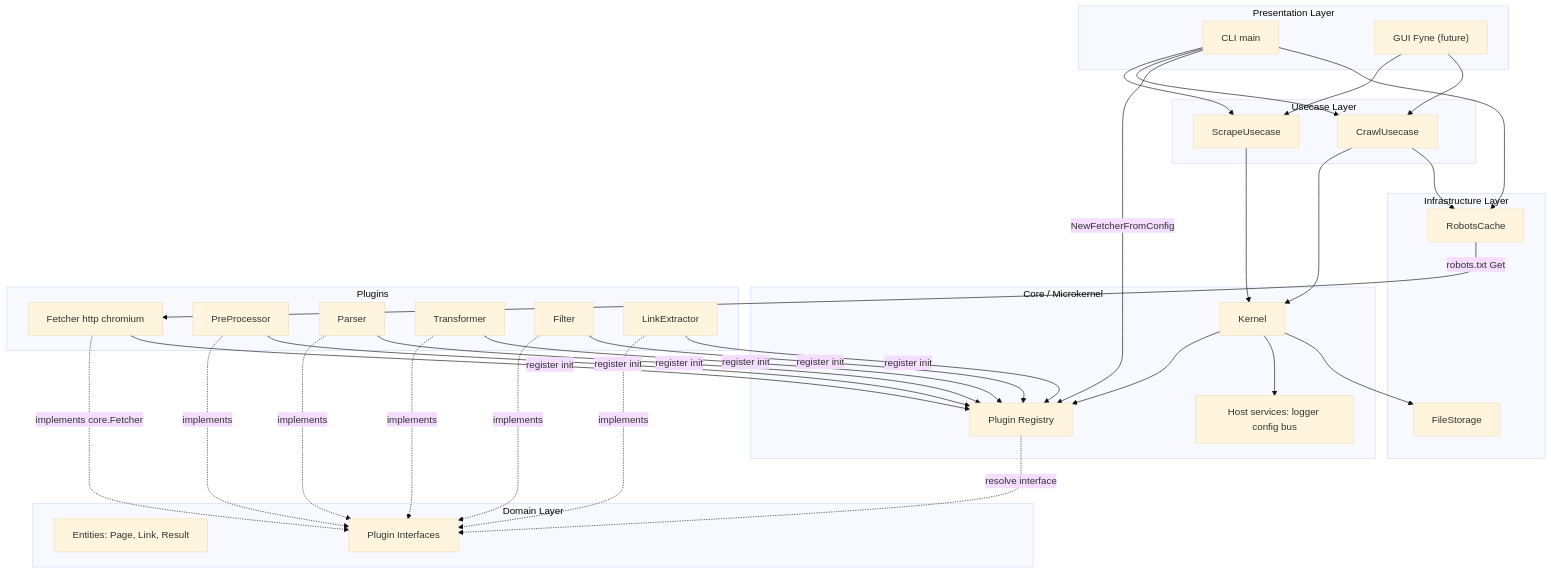
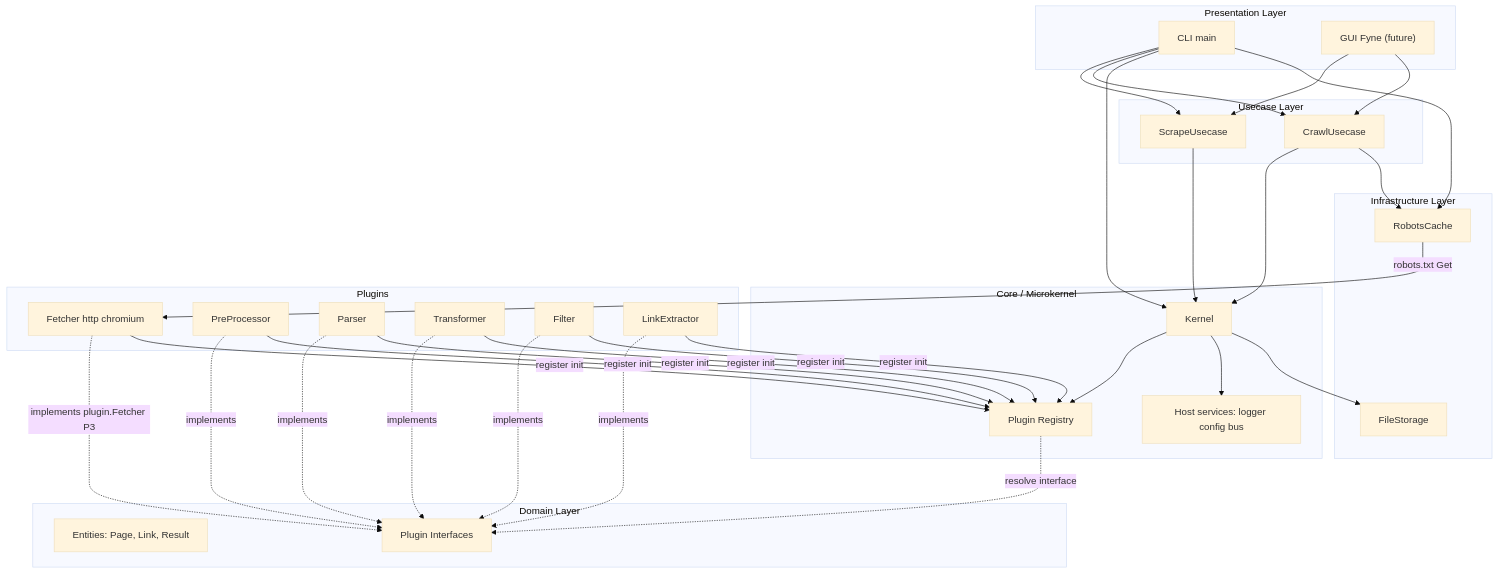
Before and after one commit to tomyou666/scraper-bot: the first of 3 diagrams in doc/02-アーキテクチャ概要.md, drawn with Mermaid (base theme). The commit also changed other lines of this file and 31 other files, not shown here.

Commit message:
change: fether core process into only plugin folder

````diff
--- a/doc/02-アーキテクチャ概要.md
+++ b/doc/02-アーキテクチャ概要.md
@@ -22,65 +22,65 @@
 ```mermaid
 flowchart TB
     subgraph presentation [Presentation Layer]
         CLI[CLI main]
         GUI["GUI Fyne (future)"]
     end
     subgraph usecase [Usecase Layer]
         ScrapeUC[ScrapeUsecase]
         CrawlUC[CrawlUsecase]
     end
     subgraph domain [Domain Layer]
         Entities[Entities: Page, Link, Result]
         PluginIF[Plugin Interfaces]
     end
     subgraph core [Core / Microkernel]
         Kernel[Kernel]
         Registry[Plugin Registry]
         Host[Host services: logger config bus]
     end
     subgraph infra [Infrastructure Layer]
         Storage[FileStorage]
         RobotsCache[RobotsCache]
     end
     subgraph plugins [Plugins]
         Fetcher[Fetcher http chromium]
         P2[PreProcessor]
         P5[Parser]
         P6[Transformer]
         P7[Filter]
         P8[LinkExtractor]
     end
 
     CLI --> ScrapeUC
     GUI --> ScrapeUC
     CLI --> CrawlUC
     GUI --> CrawlUC
 
-    CLI -->|"NewFetcherFromConfig"| Registry
+    CLI --> Kernel
     CLI --> RobotsCache
 
     ScrapeUC --> Kernel
     CrawlUC --> Kernel
     CrawlUC --> RobotsCache
 
     Kernel --> Registry
     Kernel --> Host
     Kernel --> Storage
 
     RobotsCache -->|"robots.txt Get"| Fetcher
 
     Registry -.->|"resolve interface"| PluginIF
-    Fetcher -.->|implements core.Fetcher| PluginIF
+    Fetcher -.->|implements plugin.Fetcher P3| PluginIF
     P2 -.->|implements| PluginIF
     P5 -.->|implements| PluginIF
     P6 -.->|implements| PluginIF
     P7 -.->|implements| PluginIF
     P8 -.->|implements| PluginIF
 
     Fetcher -->|register init| Registry
     P2 -->|register init| Registry
     P5 -->|register init| Registry
     P6 -->|register init| Registry
     P7 -->|register init| Registry
     P8 -->|register init| Registry
 ```
````
